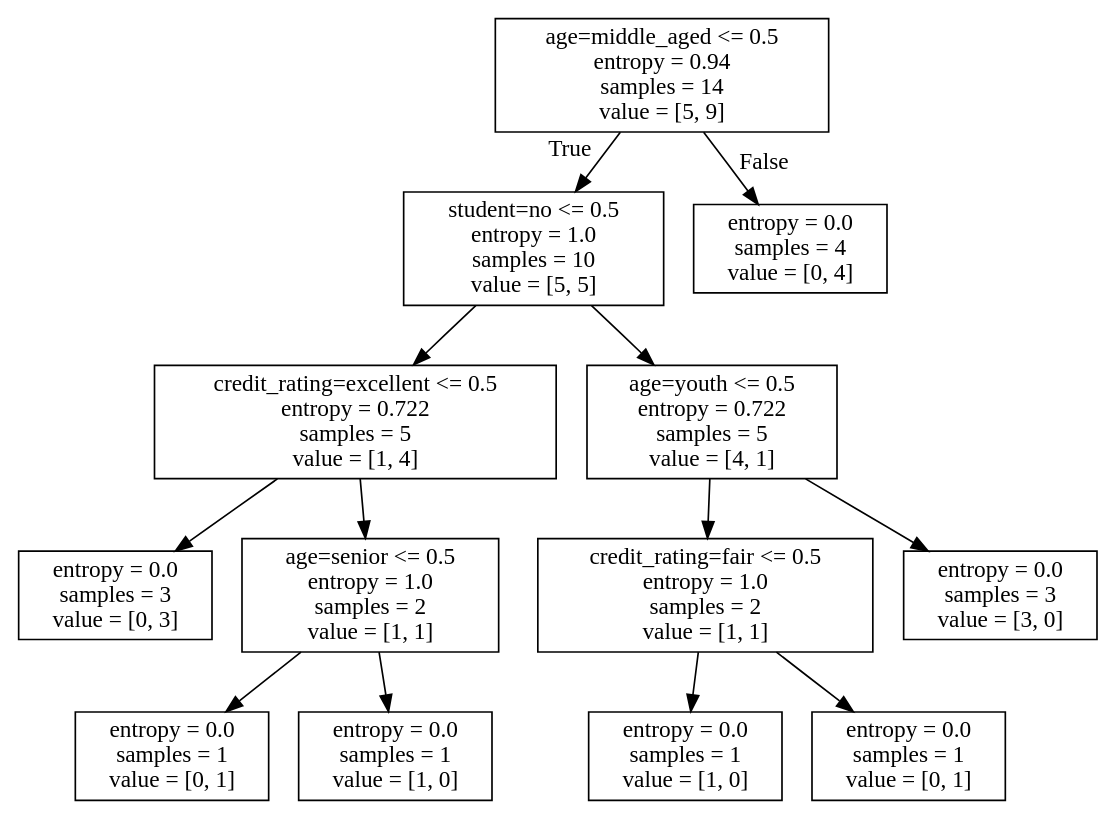
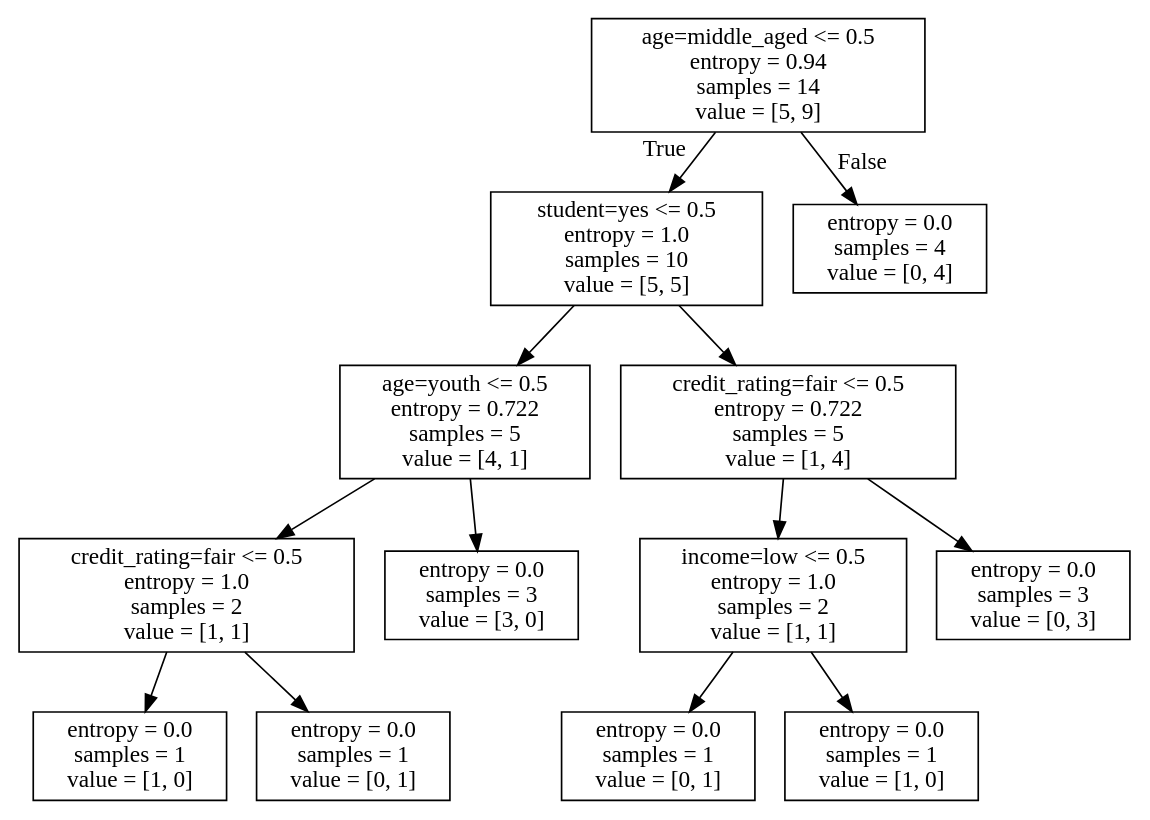
Before and after one commit to Lihit/StudyNote: the diagram in MachineLearning/test.dot, drawn with Graphviz. The commit also changed 16 other files, not shown here.

```diff
--- a/MachineLearning/test.dot
+++ b/MachineLearning/test.dot
@@ -1,28 +1,28 @@
 digraph Tree {
 node [shape=box] ;
 0 [label="age=middle_aged <= 0.5\nentropy = 0.94\nsamples = 14\nvalue = [5, 9]"] ;
-1 [label="student=no <= 0.5\nentropy = 1.0\nsamples = 10\nvalue = [5, 5]"] ;
+1 [label="student=yes <= 0.5\nentropy = 1.0\nsamples = 10\nvalue = [5, 5]"] ;
 0 -> 1 [labeldistance=2.5, labelangle=45, headlabel="True"] ;
-2 [label="credit_rating=excellent <= 0.5\nentropy = 0.722\nsamples = 5\nvalue = [1, 4]"] ;
+2 [label="age=youth <= 0.5\nentropy = 0.722\nsamples = 5\nvalue = [4, 1]"] ;
 1 -> 2 ;
-3 [label="entropy = 0.0\nsamples = 3\nvalue = [0, 3]"] ;
+3 [label="credit_rating=fair <= 0.5\nentropy = 1.0\nsamples = 2\nvalue = [1, 1]"] ;
 2 -> 3 ;
-4 [label="age=senior <= 0.5\nentropy = 1.0\nsamples = 2\nvalue = [1, 1]"] ;
-2 -> 4 ;
+4 [label="entropy = 0.0\nsamples = 1\nvalue = [1, 0]"] ;
+3 -> 4 ;
 5 [label="entropy = 0.0\nsamples = 1\nvalue = [0, 1]"] ;
-4 -> 5 ;
-6 [label="entropy = 0.0\nsamples = 1\nvalue = [1, 0]"] ;
-4 -> 6 ;
-7 [label="age=youth <= 0.5\nentropy = 0.722\nsamples = 5\nvalue = [4, 1]"] ;
+3 -> 5 ;
+6 [label="entropy = 0.0\nsamples = 3\nvalue = [3, 0]"] ;
+2 -> 6 ;
+7 [label="credit_rating=fair <= 0.5\nentropy = 0.722\nsamples = 5\nvalue = [1, 4]"] ;
 1 -> 7 ;
-8 [label="credit_rating=fair <= 0.5\nentropy = 1.0\nsamples = 2\nvalue = [1, 1]"] ;
+8 [label="income=low <= 0.5\nentropy = 1.0\nsamples = 2\nvalue = [1, 1]"] ;
 7 -> 8 ;
-9 [label="entropy = 0.0\nsamples = 1\nvalue = [1, 0]"] ;
+9 [label="entropy = 0.0\nsamples = 1\nvalue = [0, 1]"] ;
 8 -> 9 ;
-10 [label="entropy = 0.0\nsamples = 1\nvalue = [0, 1]"] ;
+10 [label="entropy = 0.0\nsamples = 1\nvalue = [1, 0]"] ;
 8 -> 10 ;
-11 [label="entropy = 0.0\nsamples = 3\nvalue = [3, 0]"] ;
+11 [label="entropy = 0.0\nsamples = 3\nvalue = [0, 3]"] ;
 7 -> 11 ;
 12 [label="entropy = 0.0\nsamples = 4\nvalue = [0, 4]"] ;
 0 -> 12 [labeldistance=2.5, labelangle=-45, headlabel="False"] ;
 }
```
